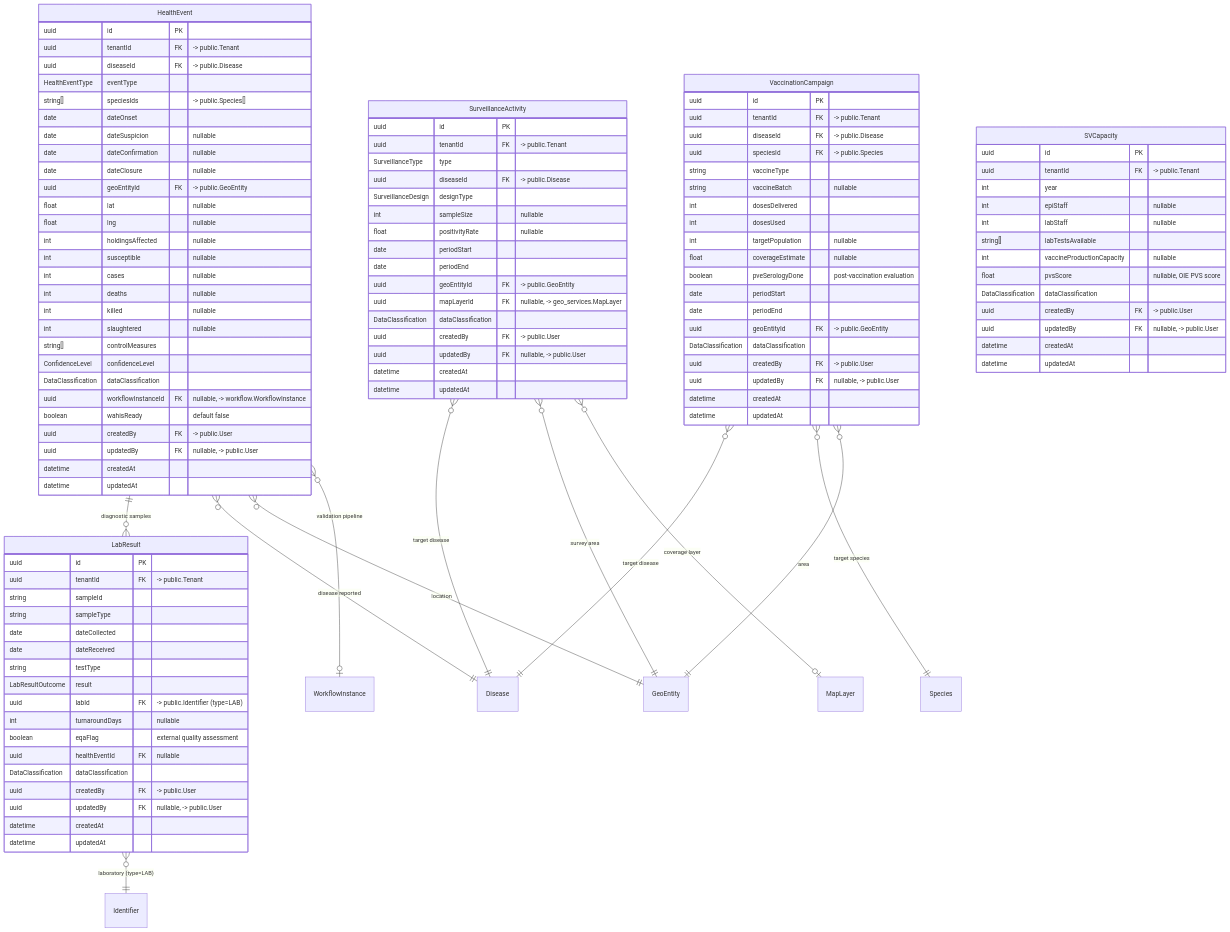
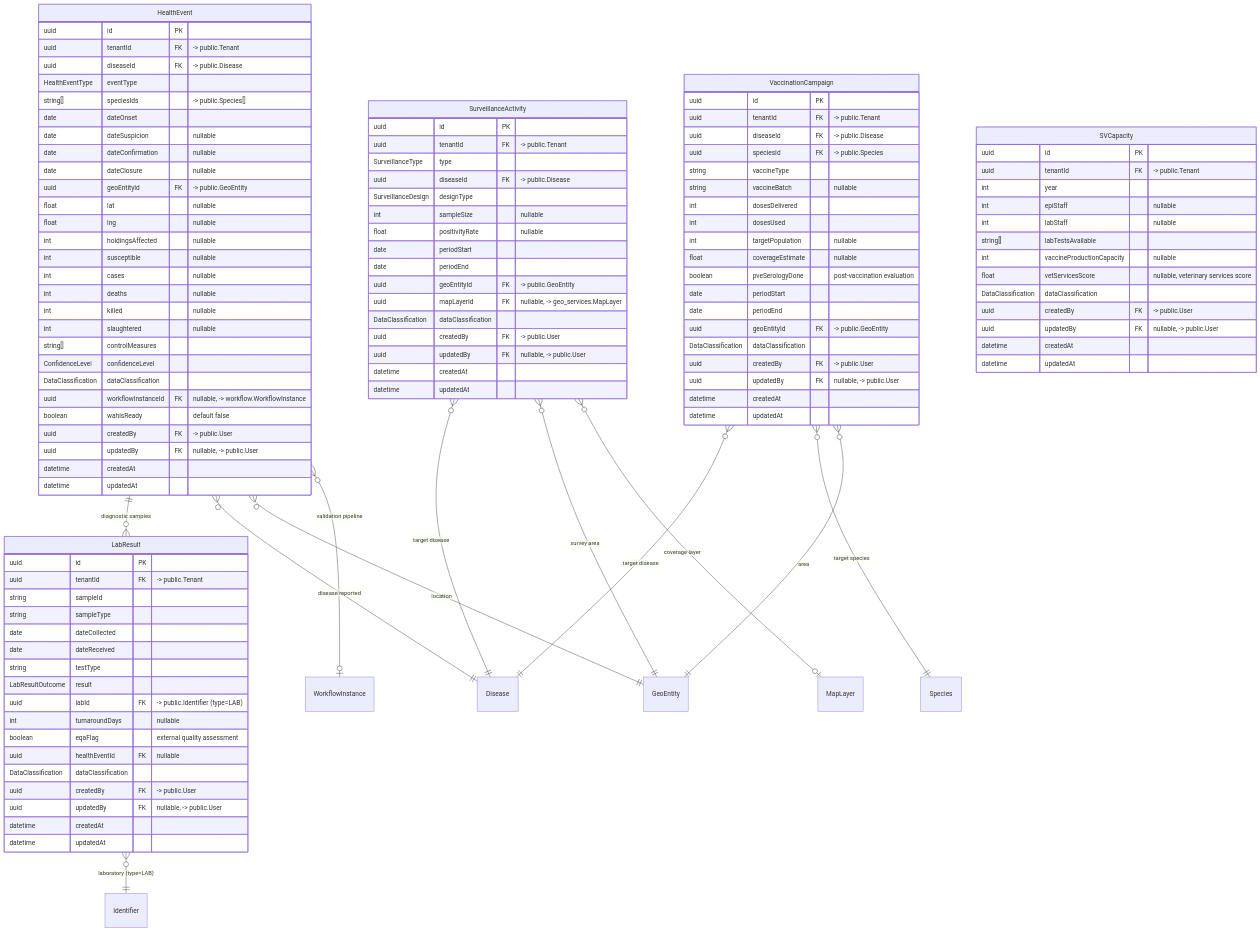
One commit to skenlefack/new.au-aris.org changed diagram 11 of 15 in docs/architecture/DATA-MODEL.md. Above: the diagram before and after it, drawn with Mermaid. The commit also changed 55 other files, not shown here.

First line of the commit message:
refactor: remove PVS mentions from UI, rename to vet-evaluation

```diff
--- a/docs/architecture/DATA-MODEL.md
+++ b/docs/architecture/DATA-MODEL.md
@@ -1139,7 +1139,7 @@
         int labStaff "nullable"
         string[] labTestsAvailable
         int vaccineProductionCapacity "nullable"
-        float pvsScore "nullable, OIE PVS score"
+        float vetServicesScore "nullable, veterinary services score"
         DataClassification dataClassification
         uuid createdBy FK "-> public.User"
         uuid updatedBy FK "nullable, -> public.User"
```
